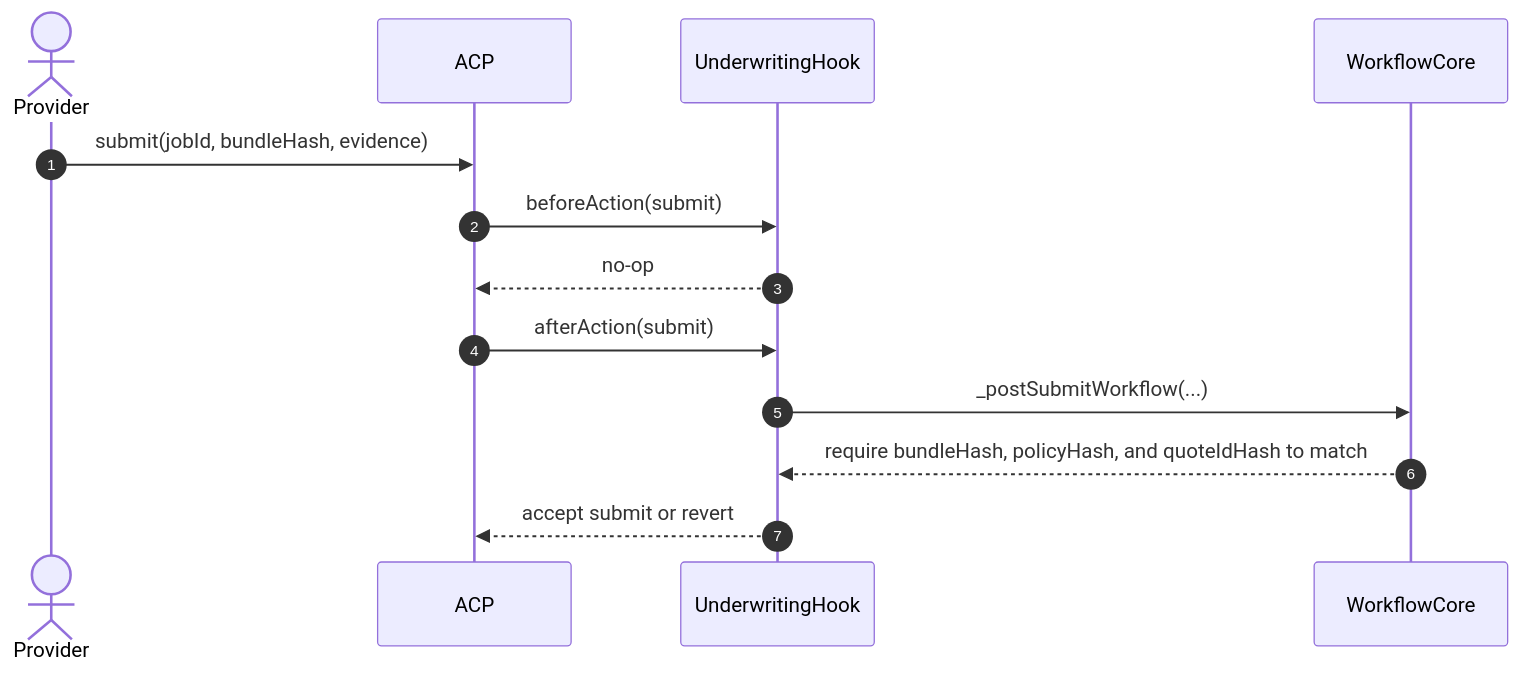
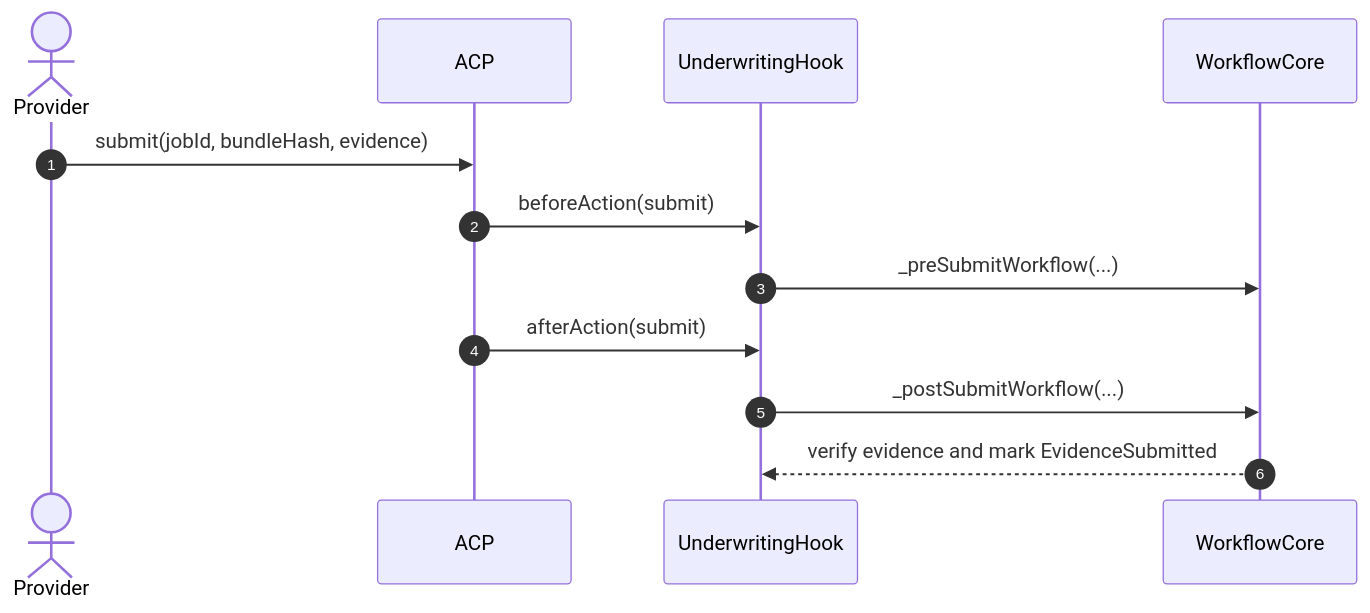
Before and after one commit to tsubasakong/hook-contracts: the fourth of 8 diagrams in docs/underwriting-hook-acp-core-sequence.md, drawn with Mermaid. The commit also changed other lines of this file and 13 other files, not shown here.

````diff
--- a/docs/underwriting-hook-acp-core-sequence.md
+++ b/docs/underwriting-hook-acp-core-sequence.md
@@ -60,16 +90,15 @@
 ```mermaid
 sequenceDiagram
     autonumber
     actor Provider
     participant ACP as ACP
     participant Hook as UnderwritingHook
     participant Flow as WorkflowCore
 
     Provider->>ACP: submit(jobId, bundleHash, evidence)
     ACP->>Hook: beforeAction(submit)
-    Hook-->>ACP: no-op
+    Hook->>Flow: _preSubmitWorkflow(...)
     ACP->>Hook: afterAction(submit)
     Hook->>Flow: _postSubmitWorkflow(...)
-    Flow-->>Hook: require bundleHash, policyHash, and quoteIdHash to match
-    Hook-->>ACP: accept submit or revert
+    Flow-->>Hook: verify evidence and mark EvidenceSubmitted
 ```
````
